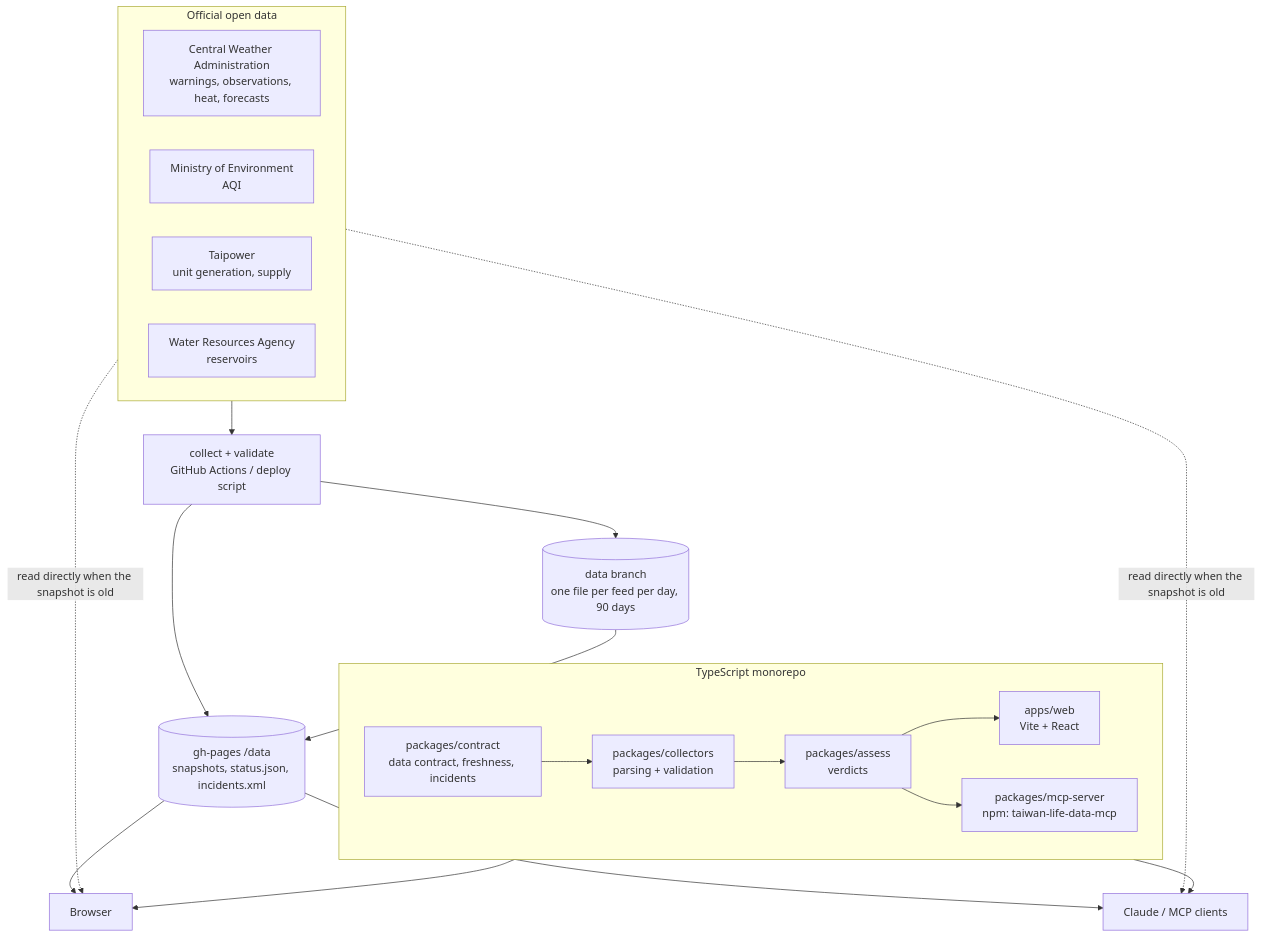
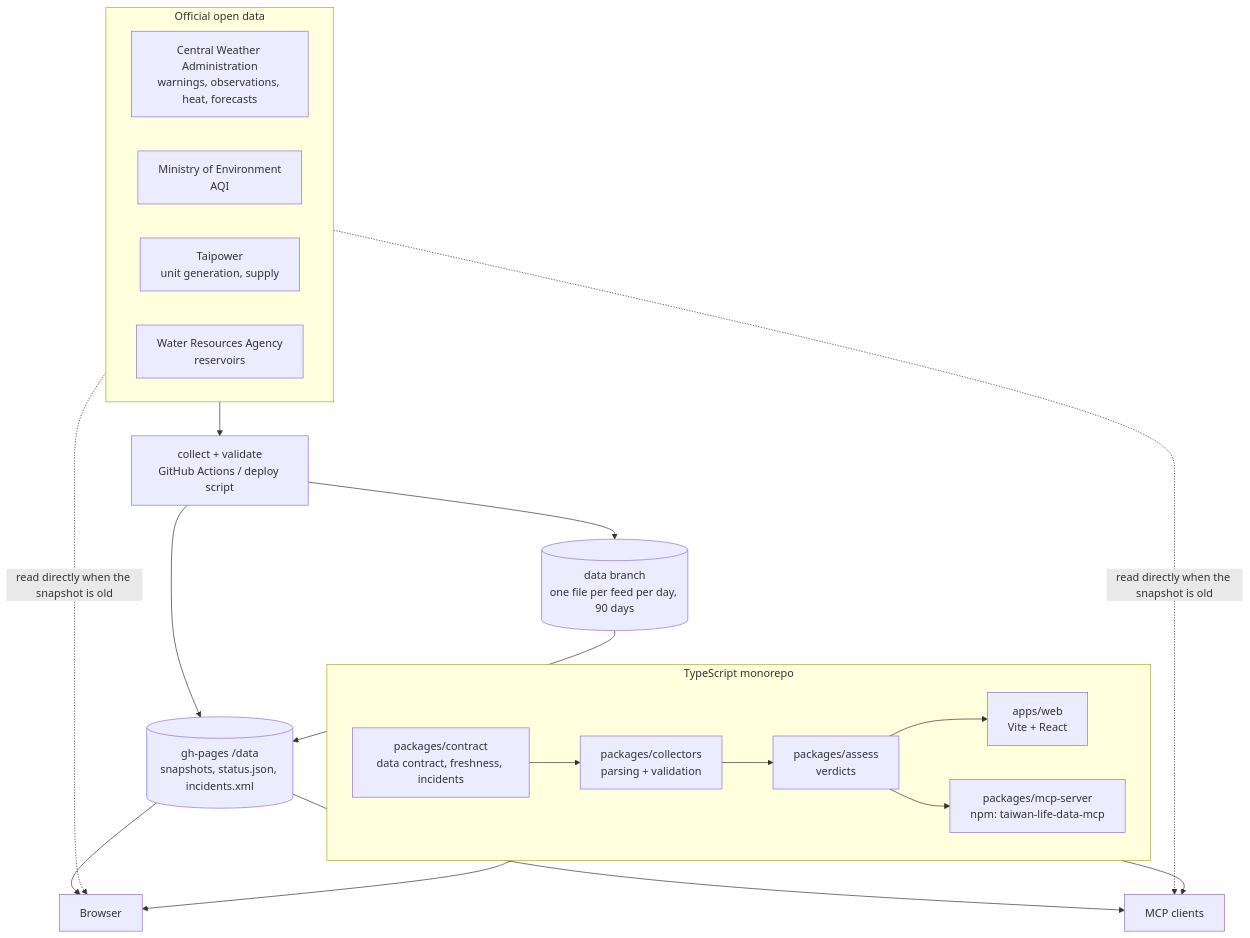
The diagram in README.en.md (livejiaquan/taiwan-life-data), drawn with Mermaid before and after one commit. The commit also changed other lines of this file and 65 other files, not shown here.

````diff
--- a/README.en.md
+++ b/README.en.md
@@ -43,28 +49,28 @@
 ```mermaid
 flowchart TB
   subgraph official["Official open data"]
     direction LR
     CWA[Central Weather Administration<br/>warnings, observations, heat, forecasts]
     MOENV[Ministry of Environment<br/>AQI]
     TPC[Taipower<br/>unit generation, supply]
     WRA[Water Resources Agency<br/>reservoirs]
   end
 
   subgraph repo["TypeScript monorepo"]
     direction LR
     contract[packages/contract<br/>data contract, freshness, incidents] --> collectors[packages/collectors<br/>parsing + validation] --> assess[packages/assess<br/>verdicts]
     assess --> web[apps/web<br/>Vite + React]
     assess --> mcp[packages/mcp-server<br/>npm: taiwan-life-data-mcp]
   end
 
   official --> collect[collect + validate<br/>GitHub Actions / deploy script]
   collect --> snap[(gh-pages /data<br/>snapshots, status.json, incidents.xml)]
   collect --> archive[(data branch<br/>one file per feed per day, 90 days)]
   archive --> snap
   snap --> browser[Browser]
-  snap --> client[Claude / MCP clients]
+  snap --> client[MCP clients]
   official -. read directly when the snapshot is old .-> browser
   official -. read directly when the snapshot is old .-> client
   web --> browser
   mcp --> client
 ```
````
